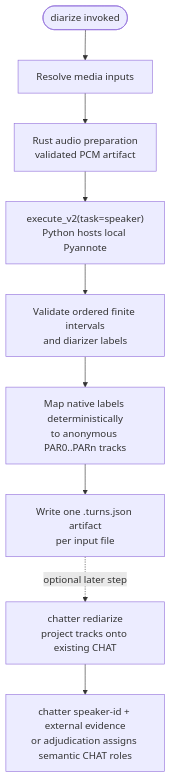
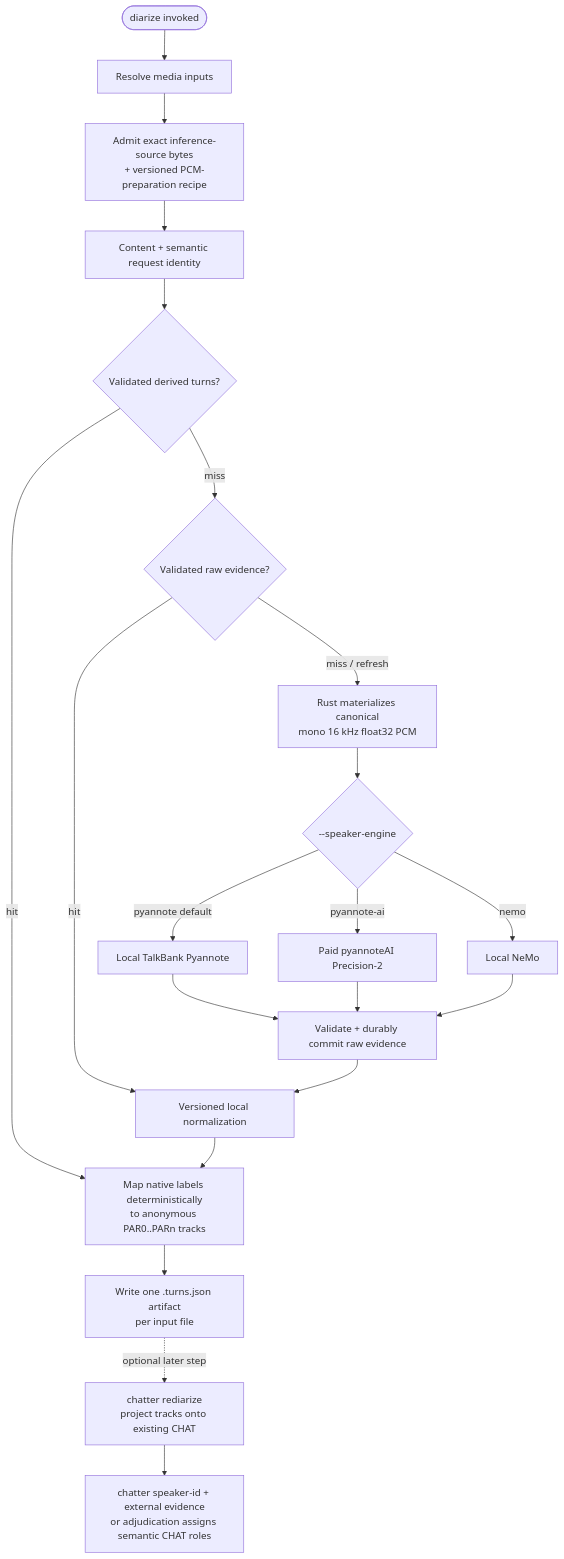
The seventh of 17 diagrams in book/src/batchalign/architecture/command-flowcharts.md (TalkBank/talkbank-tools), drawn with Mermaid before and after one commit. The commit also changed other lines of this file and 49 other files, not shown here.

First line of the commit message:
feat(batchalign): prepare 0.4.1 evidence replay release

````diff
--- a/book/src/batchalign/architecture/command-flowcharts.md
+++ b/book/src/batchalign/architecture/command-flowcharts.md
@@ -435,11 +437,23 @@
 ```mermaid
 flowchart TD
     start([diarize invoked]) --> resolve[Resolve media inputs]
-    resolve --> prepare[Rust audio preparation\nvalidated PCM artifact]
-    prepare --> speaker["execute_v2(task=speaker)\nPython hosts local Pyannote"]
-    speaker --> validate[Validate ordered finite intervals\nand diarizer labels]
-    validate --> tracks[Map native labels deterministically\nto anonymous PAR0..PARn tracks]
+    resolve --> source[Admit exact inference-source bytes\n+ versioned PCM-preparation recipe]
+    source --> key[Content + semantic request identity]
+    key --> derived{Validated derived turns?}
+    derived -->|hit| tracks
+    derived -->|miss| raw{Validated raw evidence?}
+    raw -->|hit| normalize[Versioned local normalization]
+    raw -->|miss / refresh| prepare[Rust materializes canonical\nmono 16 kHz float32 PCM]
+    prepare --> select{--speaker-engine}
+    select -->|pyannote default| local[Local TalkBank Pyannote]
+    select -->|pyannote-ai| cloud[Paid pyannoteAI Precision-2]
+    select -->|nemo| nemo[Local NeMo]
+    local --> validate[Validate + durably commit raw evidence]
+    cloud --> validate
+    nemo --> validate
+    validate --> normalize
+    normalize --> tracks[Map native labels deterministically\nto anonymous PAR0..PARn tracks]
     tracks --> turns[Write one .turns.json artifact\nper input file]
     turns -. optional later step .-> chatter["chatter rediarize\nproject tracks onto existing CHAT"]
     chatter --> roles["chatter speaker-id + external evidence\nor adjudication assigns semantic CHAT roles"]
 ```
````
